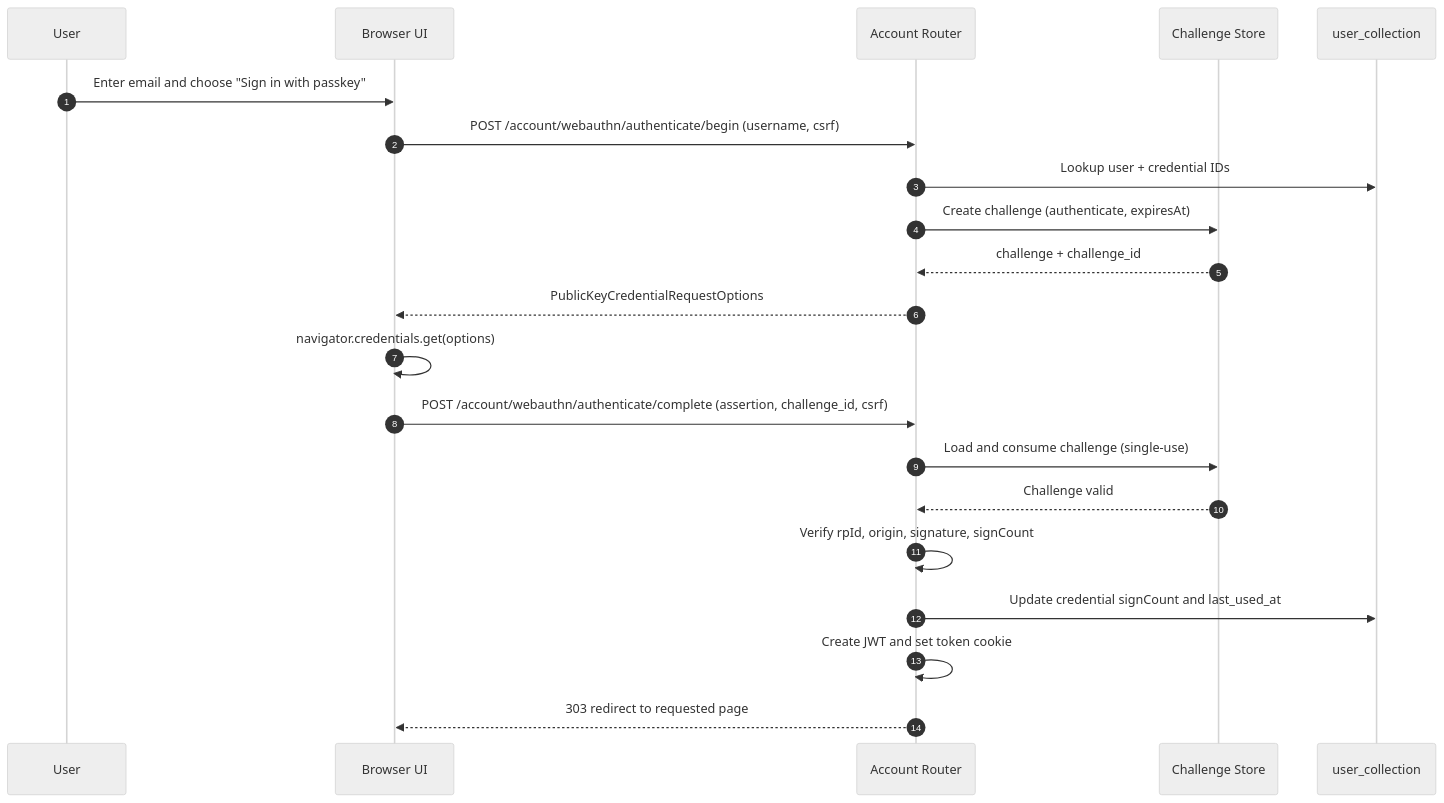
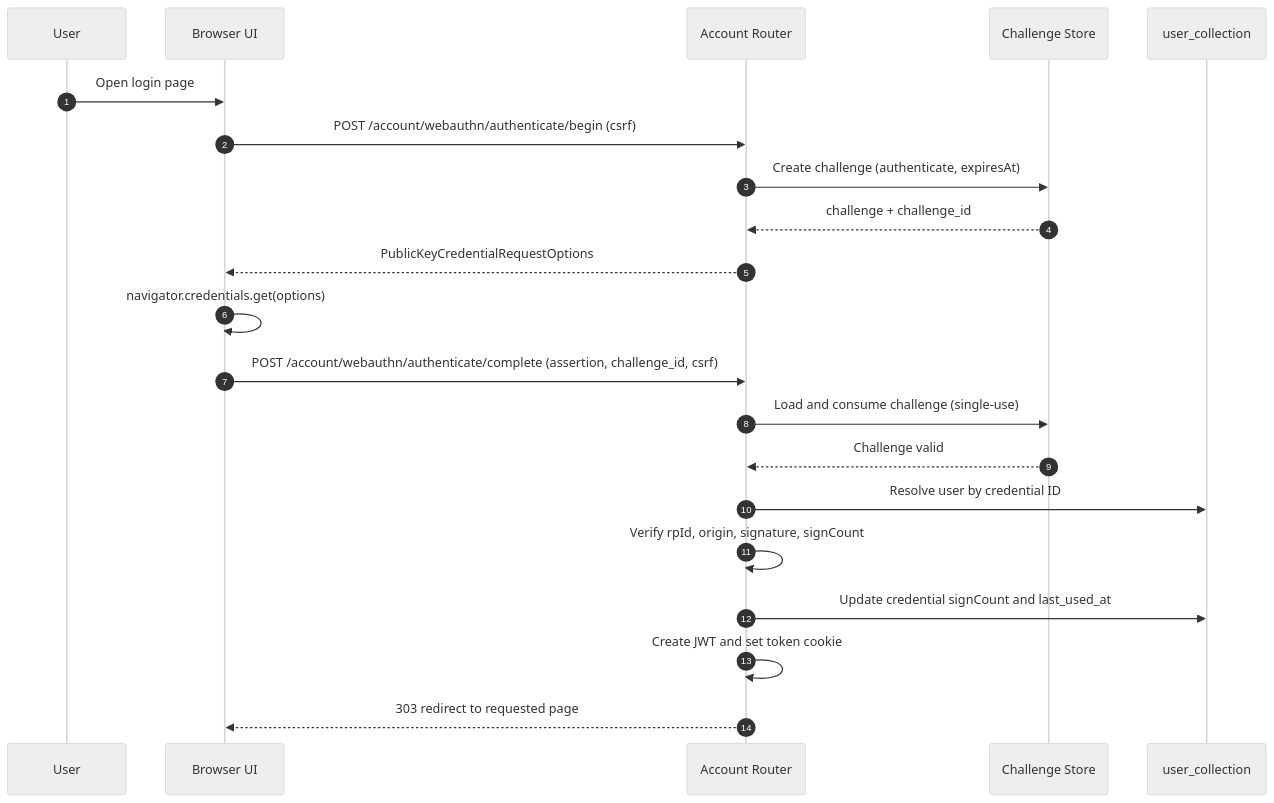
One commit to schleising/website3 changed the third of 4 diagrams in design/passkeys-proposal.md. Above: the diagram before and after it, drawn with Mermaid (neutral theme). The commit also changed other lines of this file and 5 other files, not shown here.

Commit message:
feat: Update passkey authentication flow to support username-less login and automatic prompt

````diff
--- a/design/passkeys-proposal.md
+++ b/design/passkeys-proposal.md
@@ -102,25 +102,25 @@
 ```mermaid
 sequenceDiagram
   autonumber
   participant U as User
   participant UI as Browser UI
   participant API as Account Router
   participant CH as Challenge Store
   participant DB as user_collection
 
-  U->>UI: Enter email and choose "Sign in with passkey"
-  UI->>API: POST /account/webauthn/authenticate/begin (username, csrf)
-  API->>DB: Lookup user + credential IDs
+  U->>UI: Open login page
+  UI->>API: POST /account/webauthn/authenticate/begin (csrf)
   API->>CH: Create challenge (authenticate, expiresAt)
   CH-->>API: challenge + challenge_id
   API-->>UI: PublicKeyCredentialRequestOptions
 
   UI->>UI: navigator.credentials.get(options)
   UI->>API: POST /account/webauthn/authenticate/complete (assertion, challenge_id, csrf)
   API->>CH: Load and consume challenge (single-use)
   CH-->>API: Challenge valid
+  API->>DB: Resolve user by credential ID
   API->>API: Verify rpId, origin, signature, signCount
   API->>DB: Update credential signCount and last_used_at
   API->>API: Create JWT and set token cookie
   API-->>UI: 303 redirect to requested page
 ```
````
